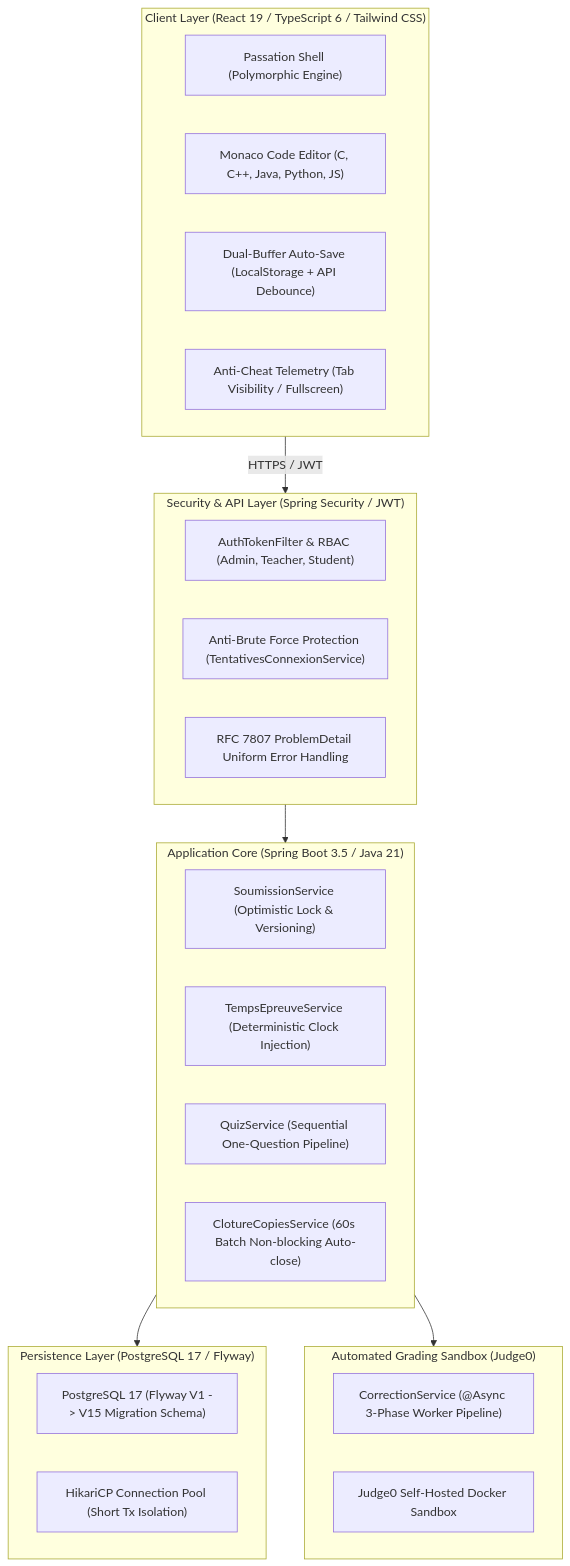
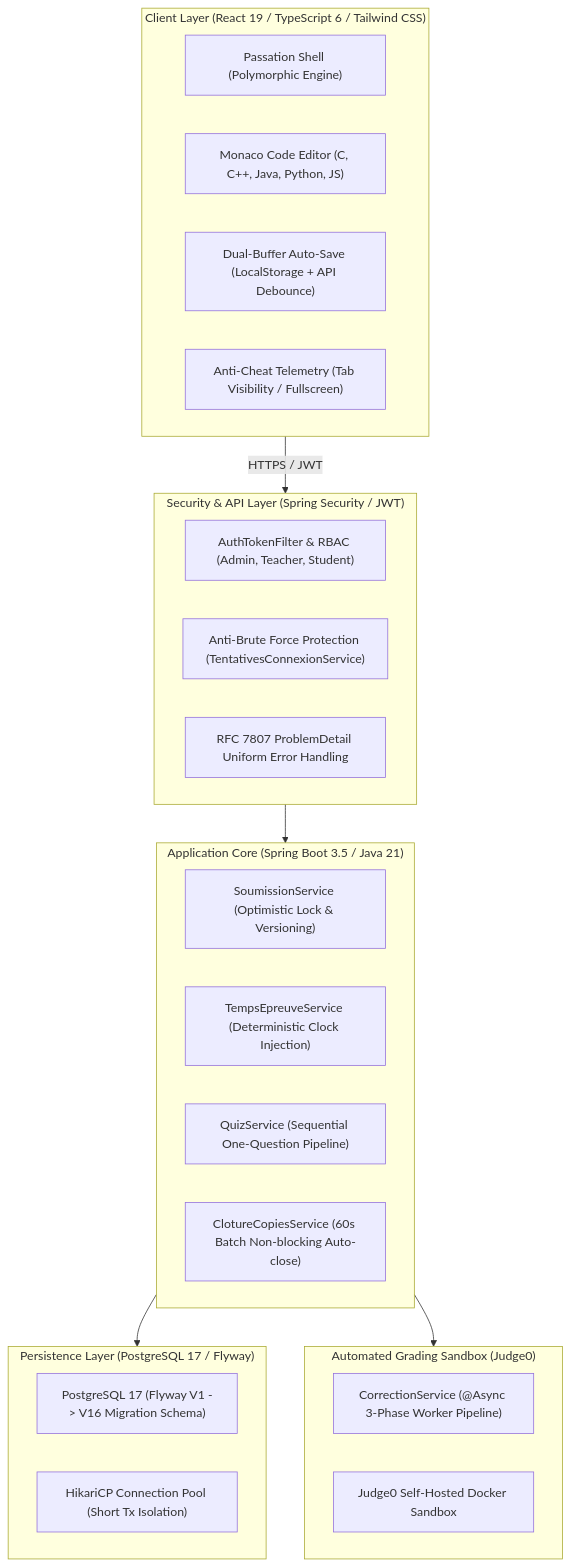
The diagram in README.md (MorLeye75/eval-platform), drawn with Mermaid before and after one commit. The commit also changed other lines of this file and 31 other files, not shown here.

````diff
--- a/README.md
+++ b/README.md
@@ -20,37 +20,37 @@
 ```mermaid
 flowchart TD
     subgraph Client ["Client Layer (React 19 / TypeScript 6 / Tailwind CSS)"]
         A["Passation Shell (Polymorphic Engine)"]
         B["Monaco Code Editor (C, C++, Java, Python, JS)"]
         C["Dual-Buffer Auto-Save (LocalStorage + API Debounce)"]
         D["Anti-Cheat Telemetry (Tab Visibility / Fullscreen)"]
     end
 
     subgraph Gateway ["Security & API Layer (Spring Security / JWT)"]
         E["AuthTokenFilter & RBAC (Admin, Teacher, Student)"]
         F["Anti-Brute Force Protection (TentativesConnexionService)"]
         G["RFC 7807 ProblemDetail Uniform Error Handling"]
     end
 
     subgraph Core ["Application Core (Spring Boot 3.5 / Java 21)"]
         H["SoumissionService (Optimistic Lock & Versioning)"]
         I["TempsEpreuveService (Deterministic Clock Injection)"]
         J["QuizService (Sequential One-Question Pipeline)"]
         K["ClotureCopiesService (60s Batch Non-blocking Auto-close)"]
     end
 
     subgraph Sandbox ["Automated Grading Sandbox (Judge0)"]
         L["CorrectionService (@Async 3-Phase Worker Pipeline)"]
         M["Judge0 Self-Hosted Docker Sandbox"]
     end
 
     subgraph Data ["Persistence Layer (PostgreSQL 17 / Flyway)"]
-        N["PostgreSQL 17 (Flyway V1 -> V15 Migration Schema)"]
+        N["PostgreSQL 17 (Flyway V1 -> V16 Migration Schema)"]
         O["HikariCP Connection Pool (Short Tx Isolation)"]
     end
 
     Client -->|HTTPS / JWT| Gateway
     Gateway --> Core
     Core --> Data
     Core --> Sandbox
 ```
````
